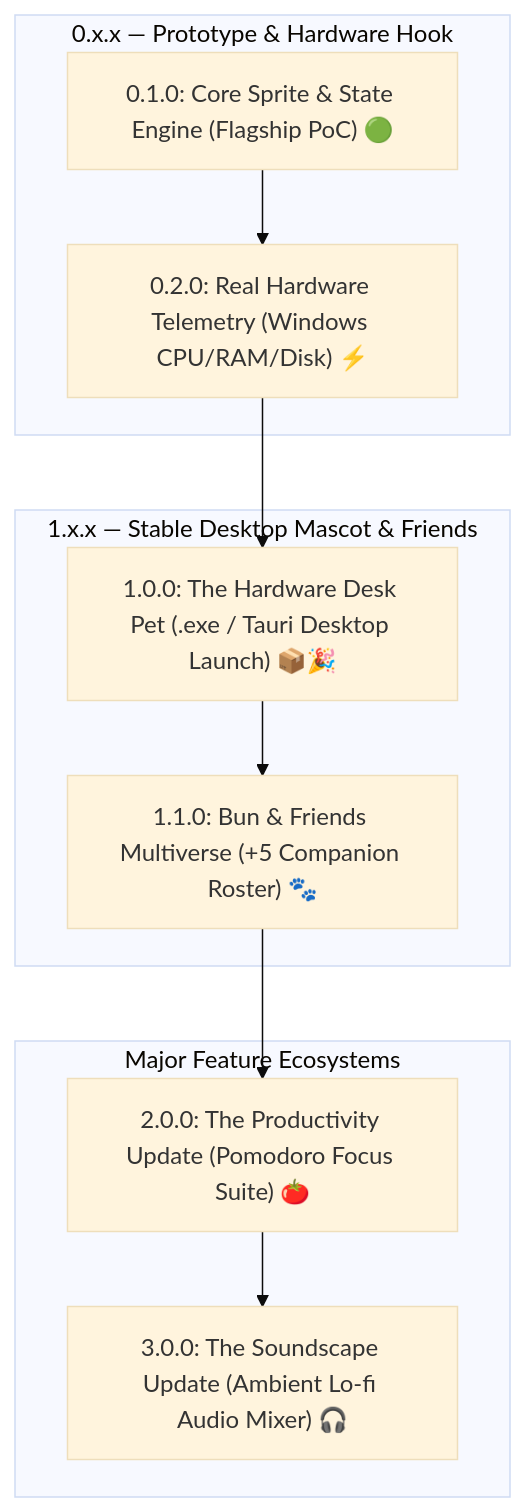
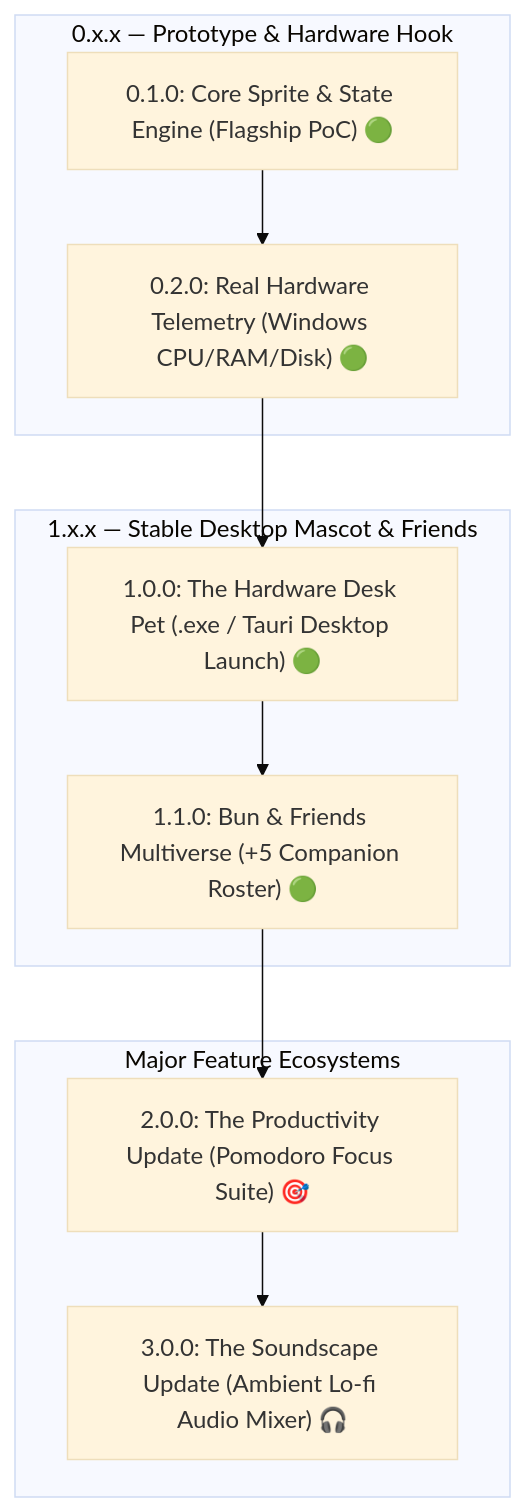
The diagram in non-docs/specs/version-roadmap.md (vavinon/lofi-bun-companion), drawn with Mermaid (base theme) before and after one commit. The commit also changed other lines of this file and 16 other files, not shown here.

Commit message:
feat(multiverse): release 1.1.0 bun and friends character multiverse

````diff
--- a/non-docs/specs/version-roadmap.md
+++ b/non-docs/specs/version-roadmap.md
@@ -15,16 +15,16 @@
 ```mermaid
 graph TD
     subgraph PreRelease["0.x.x — Prototype & Hardware Hook"]
-        v010["0.1.0: Core Sprite & State Engine (Flagship PoC) 🟢"] --> v020["0.2.0: Real Hardware Telemetry (Windows CPU/RAM/Disk) ⚡"]
+        v010["0.1.0: Core Sprite & State Engine (Flagship PoC) 🟢"] --> v020["0.2.0: Real Hardware Telemetry (Windows CPU/RAM/Disk) 🟢"]
     end
 
     subgraph Major1["1.x.x — Stable Desktop Mascot & Friends"]
-        v020 --> v100["1.0.0: The Hardware Desk Pet (.exe / Tauri Desktop Launch) 📦🎉"]
-        v100 --> v110["1.1.0: Bun & Friends Multiverse (+5 Companion Roster) 🐾"]
+        v020 --> v100["1.0.0: The Hardware Desk Pet (.exe / Tauri Desktop Launch) 🟢"]
+        v100 --> v110["1.1.0: Bun & Friends Multiverse (+5 Companion Roster) 🟢"]
     end
 
     subgraph Major2_3["Major Feature Ecosystems"]
-        v110 --> v200["2.0.0: The Productivity Update (Pomodoro Focus Suite) 🍅"]
+        v110 --> v200["2.0.0: The Productivity Update (Pomodoro Focus Suite) 🎯"]
         v200 --> v300["3.0.0: The Soundscape Update (Ambient Lo-fi Audio Mixer) 🎧"]
     end
 ```
````
